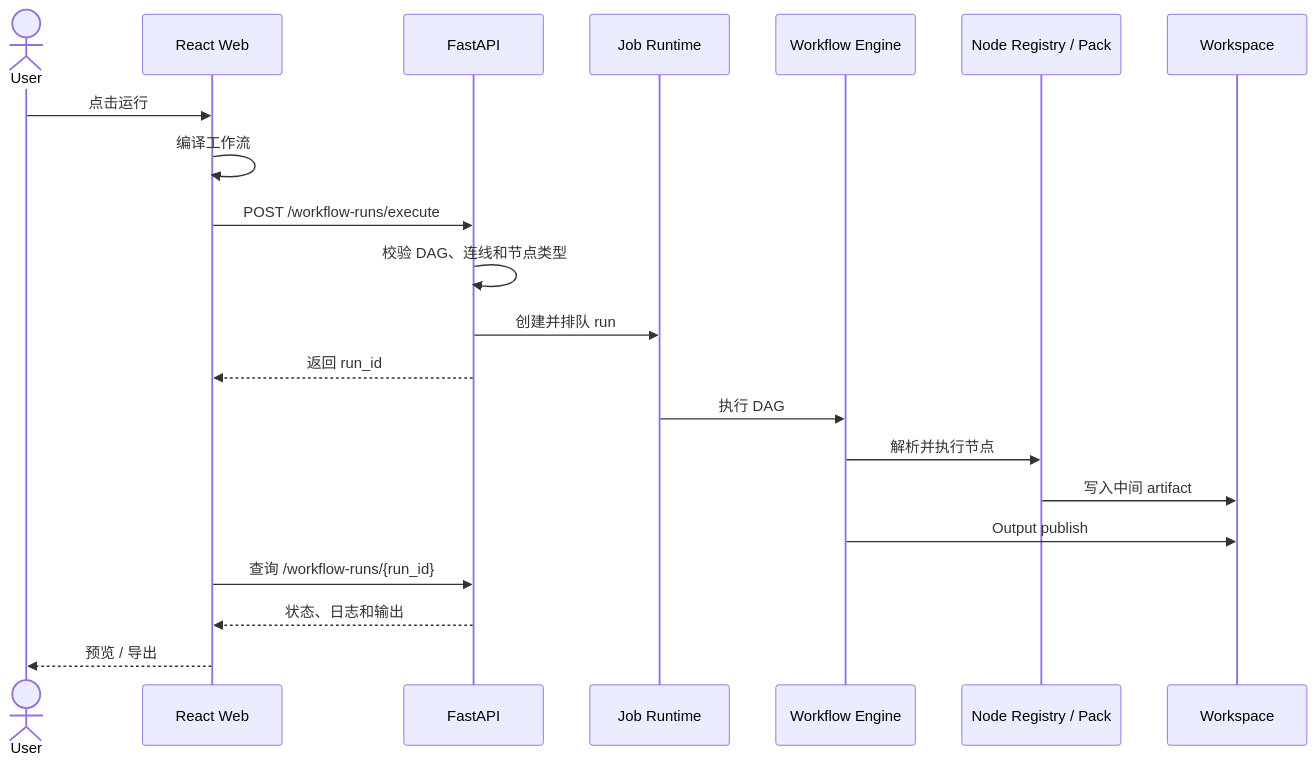
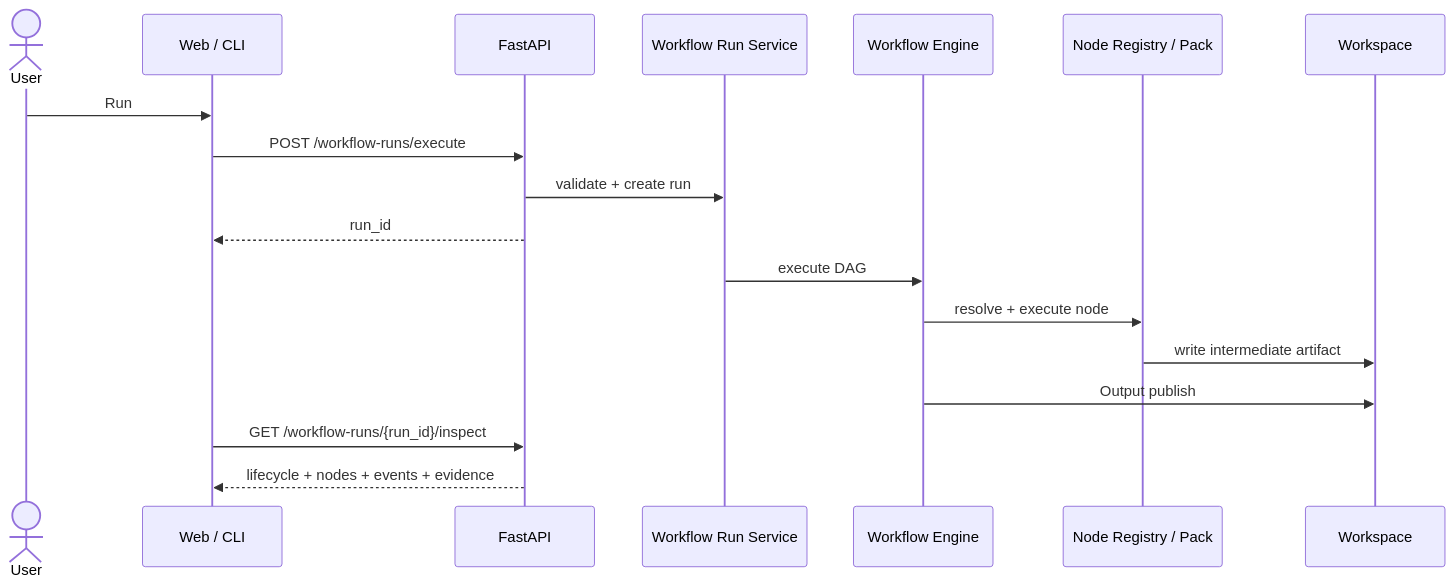
One commit to mousebar01/PolyKit changed the fourth of 6 diagrams in docs/architecture.md. Above: the diagram before and after it, drawn with Mermaid. The commit also changed other lines of this file, not shown here.

Commit message:
docs: align architecture with agent-free runtime

````diff
--- a/docs/architecture.md
+++ b/docs/architecture.md
@@ -127,24 +144,21 @@
 ```mermaid
 sequenceDiagram
     actor User
-    participant Web as React Web
+    participant Client as Web / CLI
     participant API as FastAPI
-    participant Job as Job Runtime
+    participant Run as Workflow Run Service
     participant Engine as Workflow Engine
     participant Node as Node Registry / Pack
     participant Workspace as Workspace
 
-    User->>Web: 点击运行
-    Web->>Web: 编译工作流
-    Web->>API: POST /workflow-runs/execute
-    API->>API: 校验 DAG、连线和节点类型
-    API->>Job: 创建并排队 run
-    API-->>Web: 返回 run_id
-    Job->>Engine: 执行 DAG
-    Engine->>Node: 解析并执行节点
-    Node->>Workspace: 写入中间 artifact
+    User->>Client: Run
+    Client->>API: POST /workflow-runs/execute
+    API->>Run: validate + create run
+    API-->>Client: run_id
+    Run->>Engine: execute DAG
+    Engine->>Node: resolve + execute node
+    Node->>Workspace: write intermediate artifact
     Engine->>Workspace: Output publish
-    Web->>API: 查询 /workflow-runs/{run_id}
-    API-->>Web: 状态、日志和输出
-    Web-->>User: 预览 / 导出
+    Client->>API: GET /workflow-runs/{run_id}/inspect
+    API-->>Client: lifecycle + nodes + events + evidence
 ```
````
